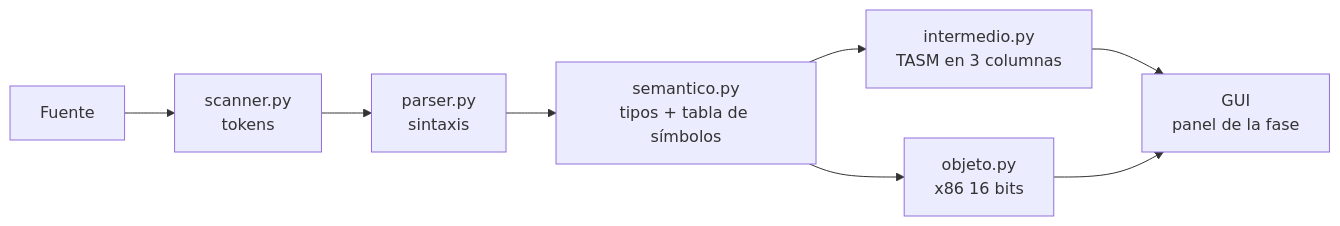
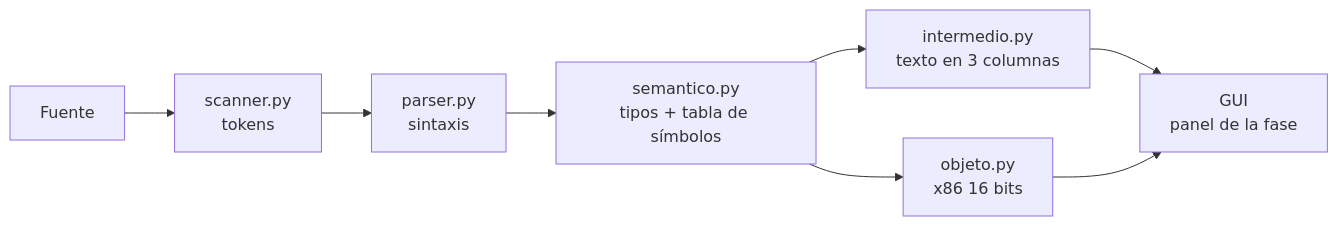
One commit to jsvdr/pyngoc changed the diagram in README.md. Above: the diagram before and after it, drawn with Mermaid. The commit also changed other lines of this file and 18 other files, not shown here.

````diff
--- a/README.md
+++ b/README.md
@@ -15,10 +15,10 @@
 ```mermaid
 flowchart LR
     F["Fuente"] --> T["scanner.py<br/>tokens"]
     T --> P["parser.py<br/>sintaxis"]
     P --> S["semantico.py<br/>tipos + tabla de símbolos"]
-    S --> I["intermedio.py<br/>TASM en 3 columnas"]
+    S --> I["intermedio.py<br/>texto en 3 columnas"]
     S --> O["objeto.py<br/>x86 16 bits"]
     I --> G["GUI<br/>panel de la fase"]
     O --> G
 ```
````
